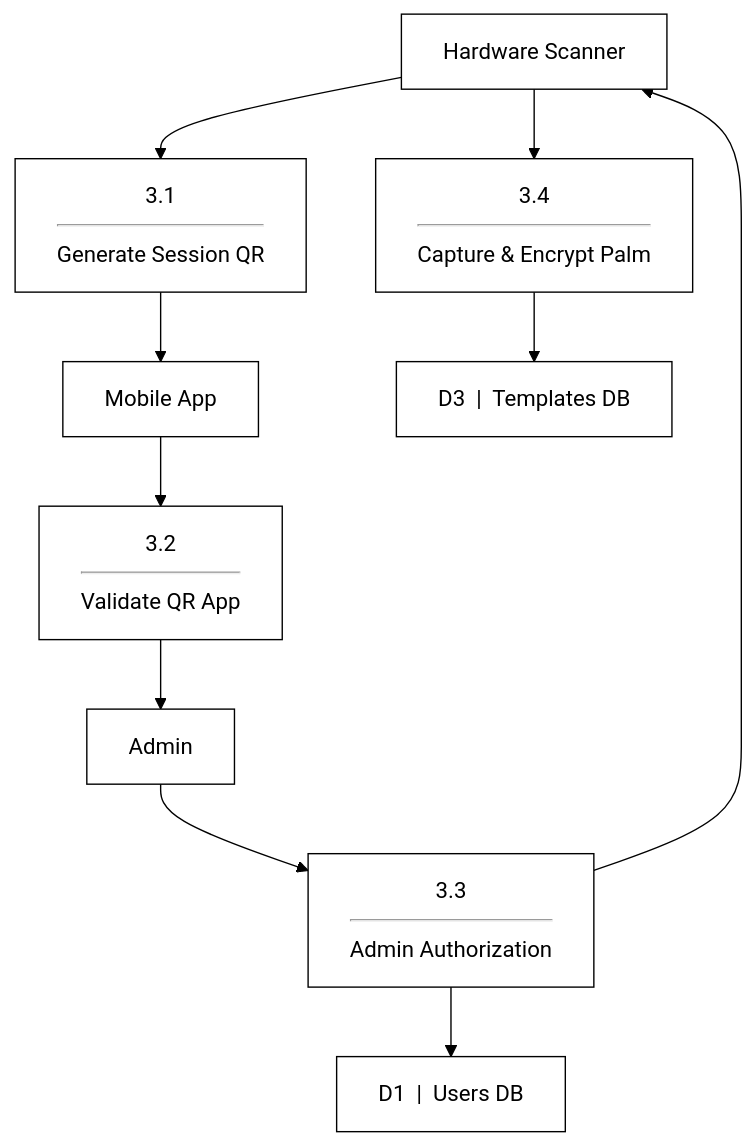
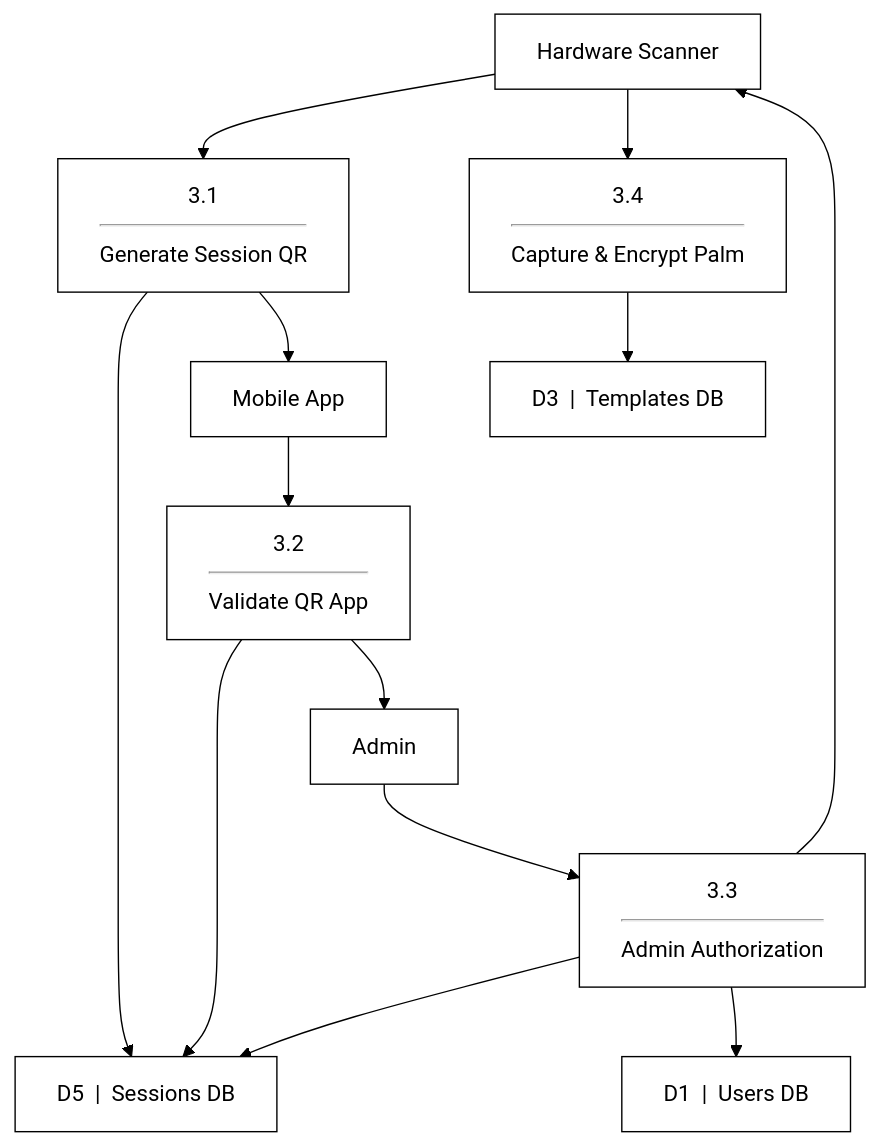
One commit to Touy2004/palm-back-end changed the eighth of 14 diagrams in USER_MANUAL.md. Above: the diagram before and after it, drawn with Mermaid (forest theme). The commit also changed other lines of this file, not shown here.

Commit message:
docs: update architecture diagrams to include Sessions DB integration

````diff
--- a/USER_MANUAL.md
+++ b/USER_MANUAL.md
@@ -415,30 +417,34 @@
 ```mermaid
 flowchart TD
     Device[Hardware Scanner]:::entity
     MobileApp[Mobile App]:::entity
     Admin[Admin]:::entity
     
     P3_1["3.1<hr/>Generate Session QR"]:::process
     P3_2["3.2<hr/>Validate QR App"]:::process
     P3_3["3.3<hr/>Admin Authorization"]:::process
     P3_4["3.4<hr/>Capture & Encrypt Palm"]:::process
     
     D1["D1 &nbsp;|&nbsp; Users DB"]:::datastore
     D3["D3 &nbsp;|&nbsp; Templates DB"]:::datastore
+    D5["D5 &nbsp;|&nbsp; Sessions DB"]:::datastore
     
     Device --> P3_1
+    P3_1 --> D5
     P3_1 --> MobileApp
     MobileApp --> P3_2
+    P3_2 --> D5
     P3_2 --> Admin
     
     Admin --> P3_3
+    P3_3 --> D5
     P3_3 --> D1
     P3_3 --> Device
     
     Device --> P3_4
     P3_4 --> D3
 
     classDef entity fill:#fff,stroke:#000,stroke-width:1px,shape:rect,color:#000
     classDef process fill:#fff,stroke:#000,stroke-width:1px,shape:rect,color:#000
     classDef datastore fill:#fff,stroke:#000,stroke-width:1px,shape:rect,color:#000
 ```
````
